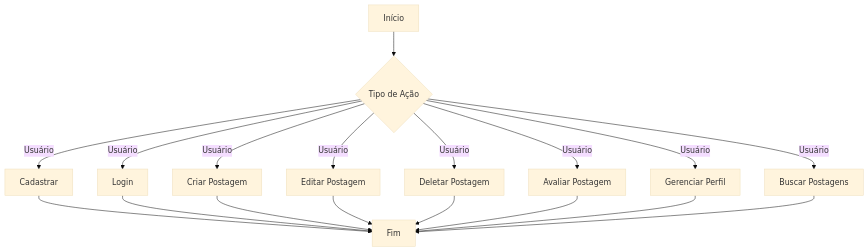
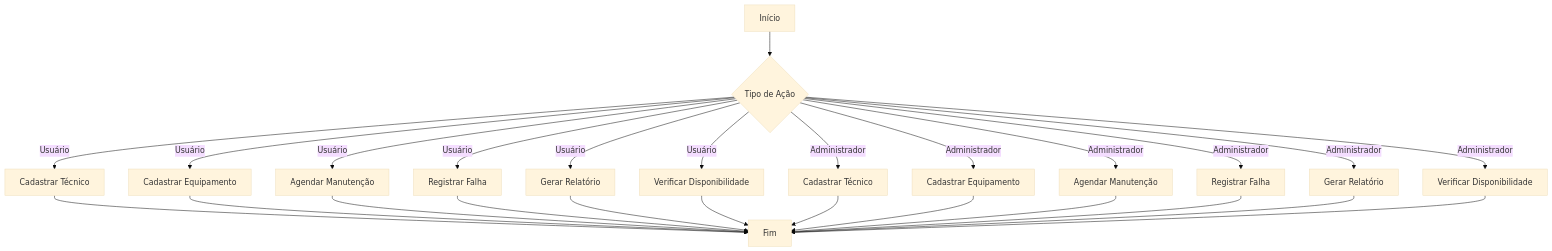
The second of 3 diagrams in README.md (kauanysc16/blog-nodejs), drawn with Mermaid (base theme) before and after one commit. The commit also changed other lines of this file, not shown here.

````diff
--- a/README.md
+++ b/README.md
@@ -145,24 +96,33 @@
 ```mermaid
-  flowchart TD
+flowchart TD
     A[Início] --> B{Tipo de Ação}
+    
+    B -->|Usuário| C[Cadastrar Técnico]
+    B -->|Usuário| D[Cadastrar Equipamento]
+    B -->|Usuário| E[Agendar Manutenção]
+    B -->|Usuário| F[Registrar Falha]
+    B -->|Usuário| G[Gerar Relatório]
+    B -->|Usuário| H[Verificar Disponibilidade]
 
-    B -->|Usuário| C[Cadastrar]
-    B -->|Usuário| D[Login]
-    B -->|Usuário| E[Criar Postagem]
-    B -->|Usuário| F[Editar Postagem]
-    B -->|Usuário| G[Deletar Postagem]
-    B -->|Usuário| H[Avaliar Postagem]
-    B -->|Usuário| I[Gerenciar Perfil]
-    B -->|Usuário| J[Buscar Postagens]
+    B -->|Administrador| I[Cadastrar Técnico]
+    B -->|Administrador| J[Cadastrar Equipamento]
+    B -->|Administrador| K[Agendar Manutenção]
+    B -->|Administrador| L[Registrar Falha]
+    B -->|Administrador| M[Gerar Relatório]
+    B -->|Administrador| N[Verificar Disponibilidade]
 
-    C --> K[Fim]
-    D --> K
-    E --> K
-    F --> K
-    G --> K
-    H --> K
-    I --> K
-    J --> K
+    C --> O[Fim]
+    D --> O
+    E --> O
+    F --> O
+    G --> O
+    H --> O
+    I --> O
+    J --> O
+    K --> O
+    L --> O
+    M --> O
+    N --> O
 
 
 ```
````
